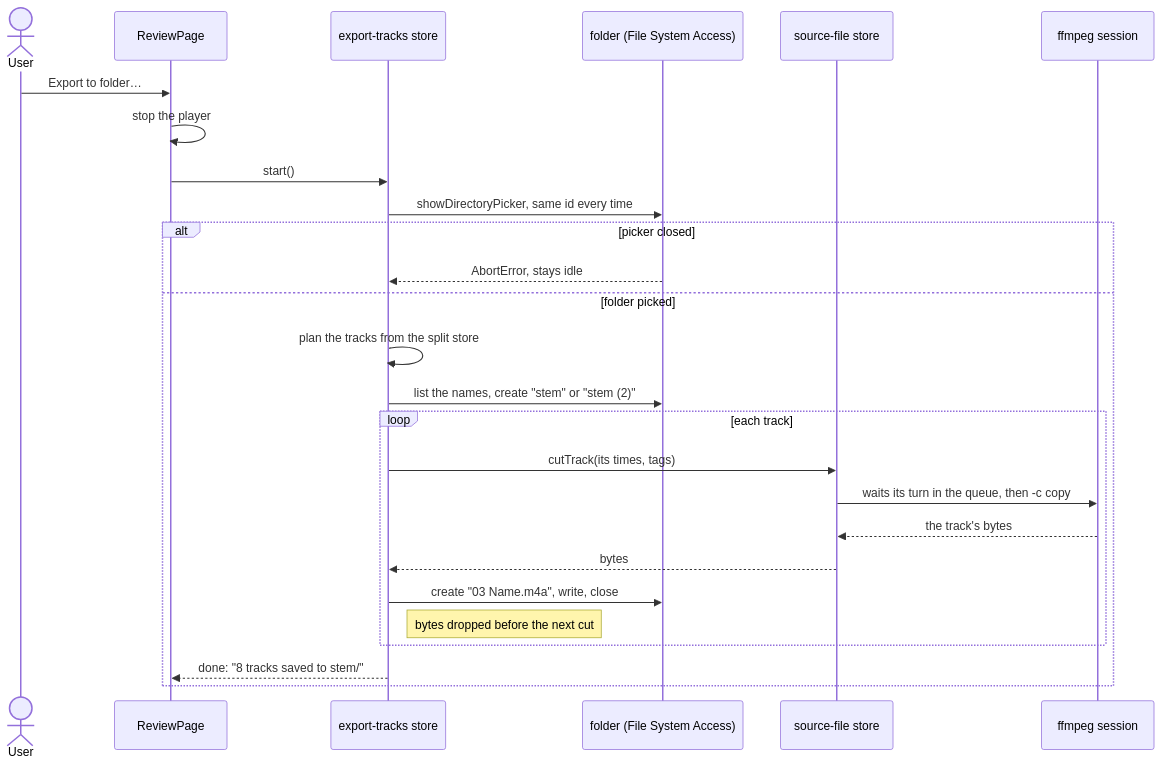
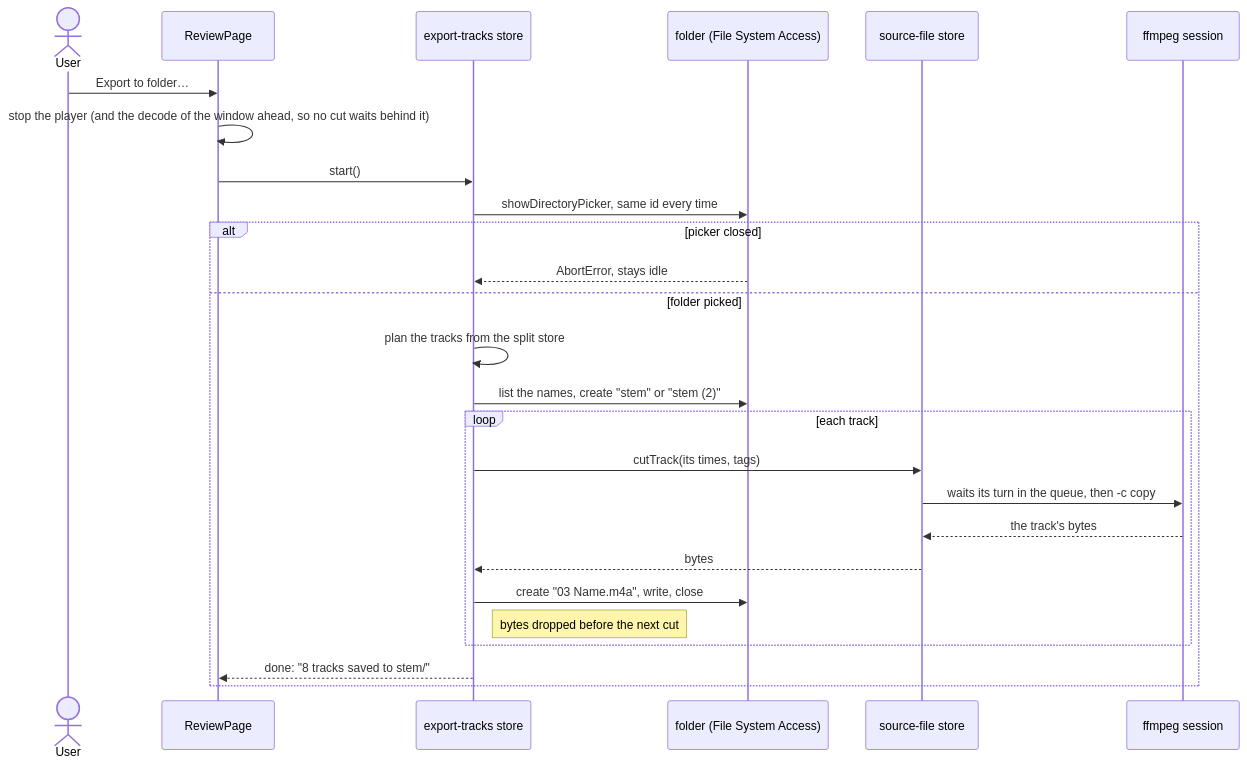
Before and after one commit to suleymanyaryev/audio-splitter: the sixth of 7 diagrams in docs/architecture.md, drawn with Mermaid. The commit also changed other lines of this file, not shown here.

First line of the commit message:
docs: bring the architecture diagrams up to the track and the window ahead

````diff
--- a/docs/architecture.md
+++ b/docs/architecture.md
@@ -145,29 +147,29 @@
 ```mermaid
 sequenceDiagram
   actor User
   participant page as ReviewPage
   participant exporter as export-tracks store
   participant folder as folder (File System Access)
   participant store as source-file store
   participant session as ffmpeg session
 
   User->>page: Export to folder…
-  page->>page: stop the player
+  page->>page: stop the player (and the decode of the window ahead, so no cut waits behind it)
   page->>exporter: start()
   exporter->>folder: showDirectoryPicker, same id every time
   alt picker closed
     folder-->>exporter: AbortError, stays idle
   else folder picked
     exporter->>exporter: plan the tracks from the split store
     exporter->>folder: list the names, create "stem" or "stem (2)"
     loop each track
       exporter->>store: cutTrack(its times, tags)
       store->>session: waits its turn in the queue, then -c copy
       session-->>store: the track's bytes
       store-->>exporter: bytes
       exporter->>folder: create "03 Name.m4a", write, close
       Note right of exporter: bytes dropped before the next cut
     end
     exporter-->>page: done: "8 tracks saved to stem/"
   end
 ```
````
